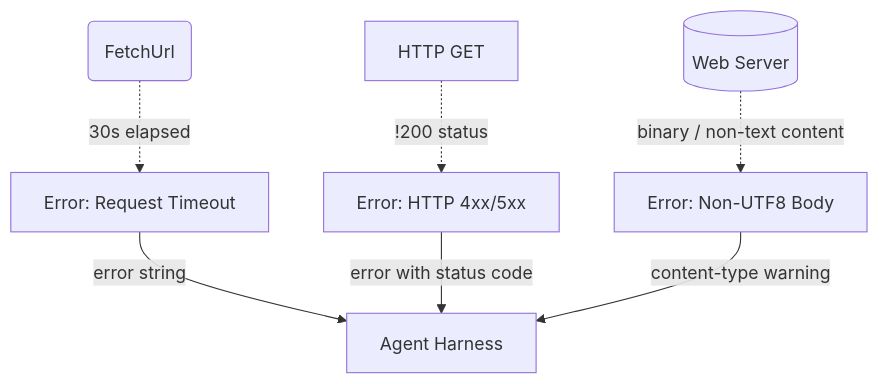
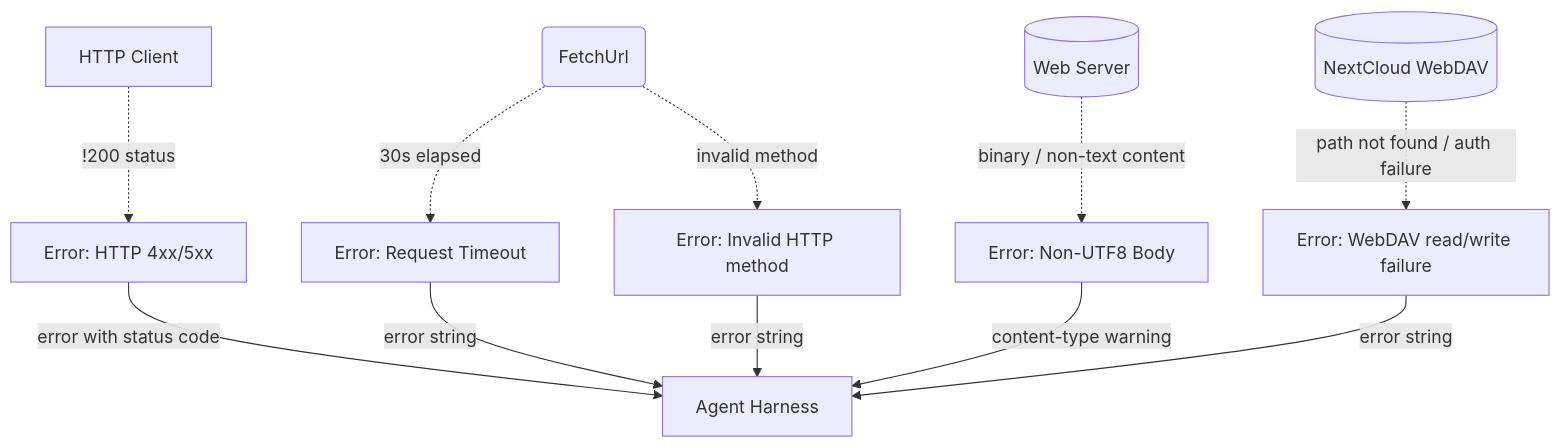
Before and after one commit to cosmoswafer/rockbot: the second of 3 diagrams in _dfds/tools/web-fetch.md, drawn with Mermaid. The commit also changed other lines of this file and 11 other files, not shown here.

Commit message:
fix: deep DFD review — gaps resolved in web_fetch, datetime, deepseek, and rocketchat DDP/REST

````diff
--- a/_dfds/tools/web-fetch.md
+++ b/_dfds/tools/web-fetch.md
@@ -51,17 +71,24 @@
 ```mermaid
 flowchart TD
     FETCH(FetchUrl)
-    HTTP[HTTP GET]
+    DAV[(NextCloud WebDAV)]
+    HTTP[HTTP Client]
     SERVER[(Web Server)]
     TIMEOUT[Error: Request Timeout]
     NON200[Error: HTTP 4xx/5xx]
     PARSE_ERR[Error: Non-UTF8 Body]
+    DAV_ERR[Error: WebDAV read/write failure]
+    METHOD_ERR[Error: Invalid HTTP method]
     AGENT[Agent Harness]
 
     FETCH -.->|"30s elapsed"| TIMEOUT
+    FETCH -.->|"invalid method"| METHOD_ERR
     HTTP -.->|"!200 status"| NON200
     SERVER -.->|"binary / non-text content"| PARSE_ERR
+    DAV -.->|"path not found / auth failure"| DAV_ERR
     TIMEOUT -->|"error string"| AGENT
     NON200 -->|"error with status code"| AGENT
     PARSE_ERR -->|"content-type warning"| AGENT
+    DAV_ERR -->|"error string"| AGENT
+    METHOD_ERR -->|"error string"| AGENT
 ```
````
